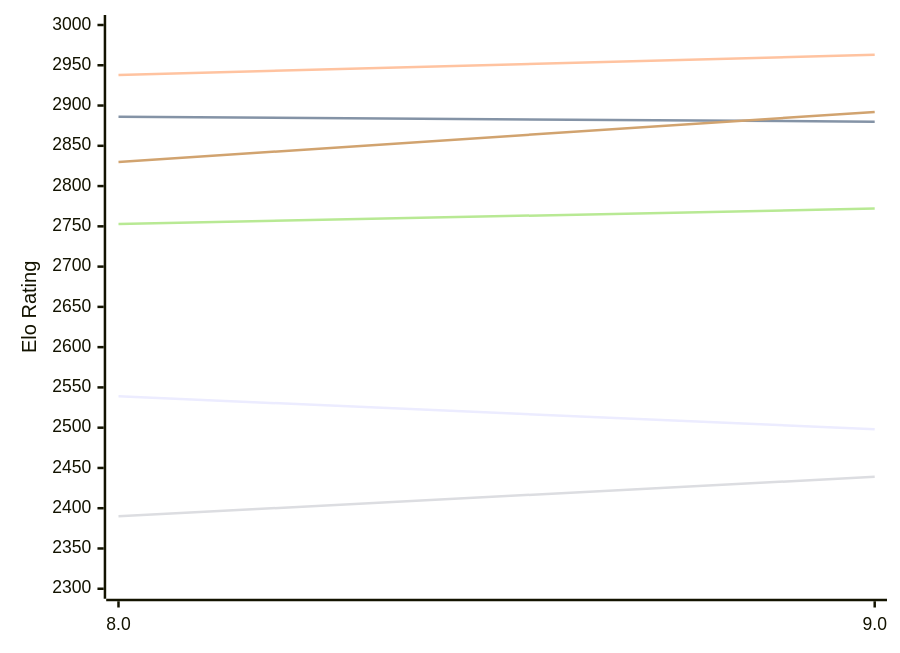
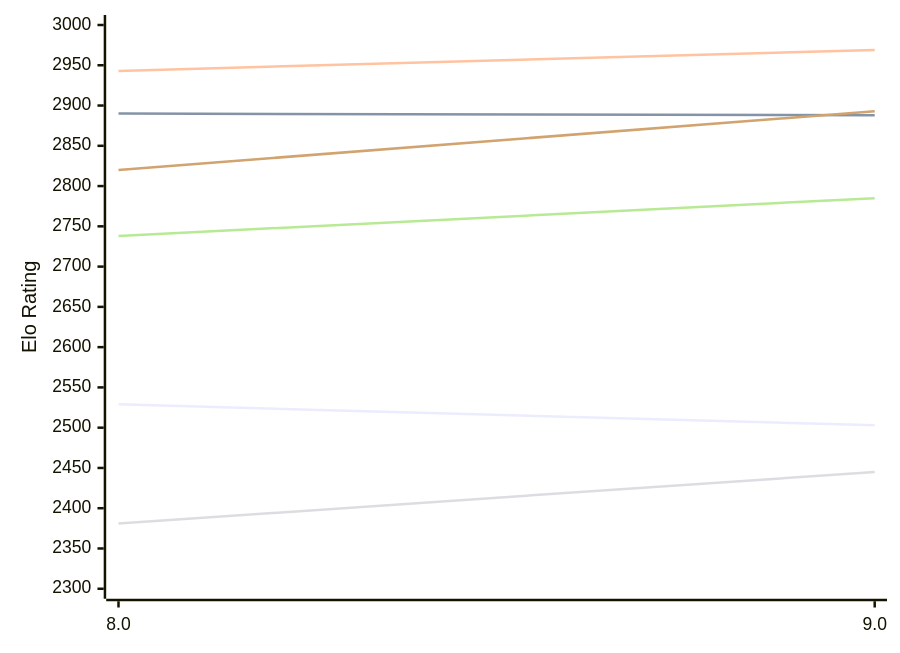
The first of 2 diagrams in engines/4kc.md (computer-chess-index/cci), drawn with Mermaid before and after one commit. The commit also changed other lines of this file, not shown here.

Commit message:
Update CCI Ratings (ELO VLTC) - 2026-11-16

````diff
--- a/engines/4kc.md
+++ b/engines/4kc.md
@@ -51,12 +51,12 @@
 ```mermaid
 %%{init: {"theme":"base","themeVariables":{"seriesColors:['#a3a3a3','#222221','#faa371']}}}%%
 xychart-beta
   x-axis ["8.0", "9.0"]
   y-axis "Elo Rating" 2300 --> 3000
-  line "E1: STC (8.0+0.08s)" [2539, 2498]
-  line "E1: LTC (60.0+0.60s)" [2886, 2880]
-  line "E1: VLTC (2m24s+1.12s)" [2938, 2963]
-  line "P1: STC (8.0+0.08s)" [2390, 2439]
-  line "P1: LTC (60.0+0.60s)" [2753, 2772]
-  line "P1: VLTC (2m24s+1.12s)" [2830, 2892]
+  line "E1: STC (8.0+0.08s)" [2529, 2503]
+  line "E1: LTC (60.0+0.60s)" [2890, 2888]
+  line "E1: VLTC (2m24s+1.12s)" [2943, 2969]
+  line "P1: STC (8.0+0.08s)" [2381, 2445]
+  line "P1: LTC (60.0+0.60s)" [2738, 2785]
+  line "P1: VLTC (2m24s+1.12s)" [2820, 2893]
 ```
````
